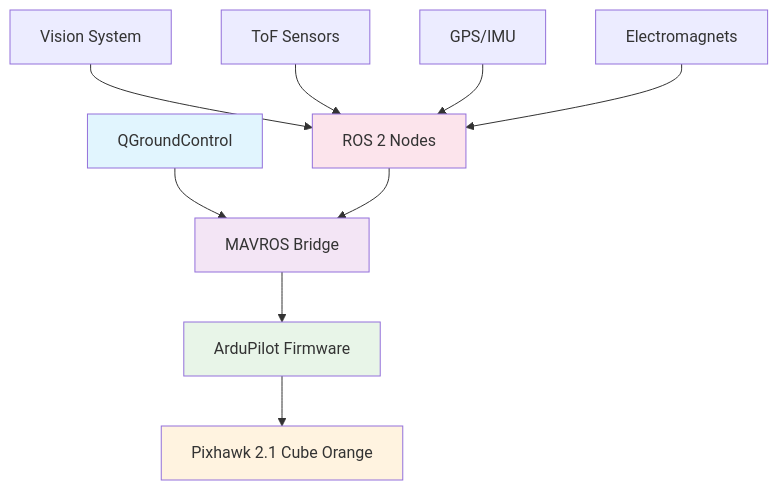
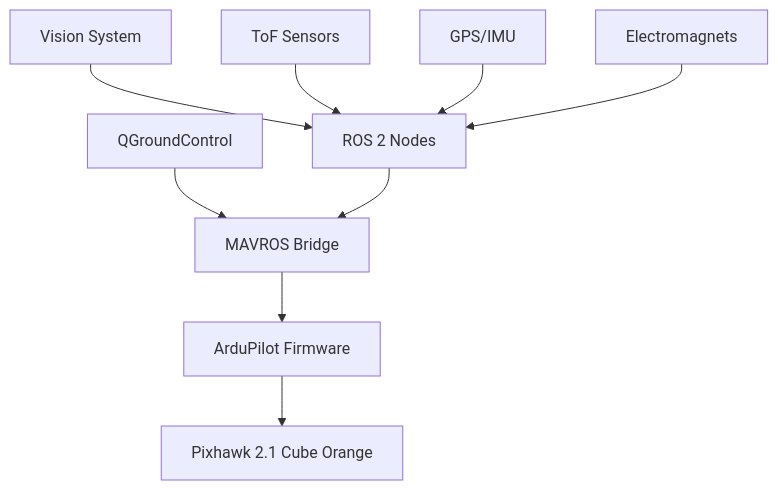
Before and after one commit to Vanszs/Dirgagah-KAERTEI: the first of 2 diagrams in README.md, drawn with Mermaid.

````diff
--- a/README.md
+++ b/README.md
@@ -38,19 +38,14 @@
 ```mermaid
 graph TB
     A[QGroundControl] --> B[MAVROS Bridge]
     B --> C[ArduPilot Firmware]
     C --> D[Pixhawk 2.1 Cube Orange]
     
     E[Vision System] --> F[ROS 2 Nodes]
     G[ToF Sensors] --> F
     H[GPS/IMU] --> F
     I[Electromagnets] --> F
     
     F --> B
-    
-    style A fill:#e1f5fe
-    style B fill:#f3e5f5
-    style C fill:#e8f5e8
-    style D fill:#fff3e0
-    style F fill:#fce4ec
+
 ```
````
